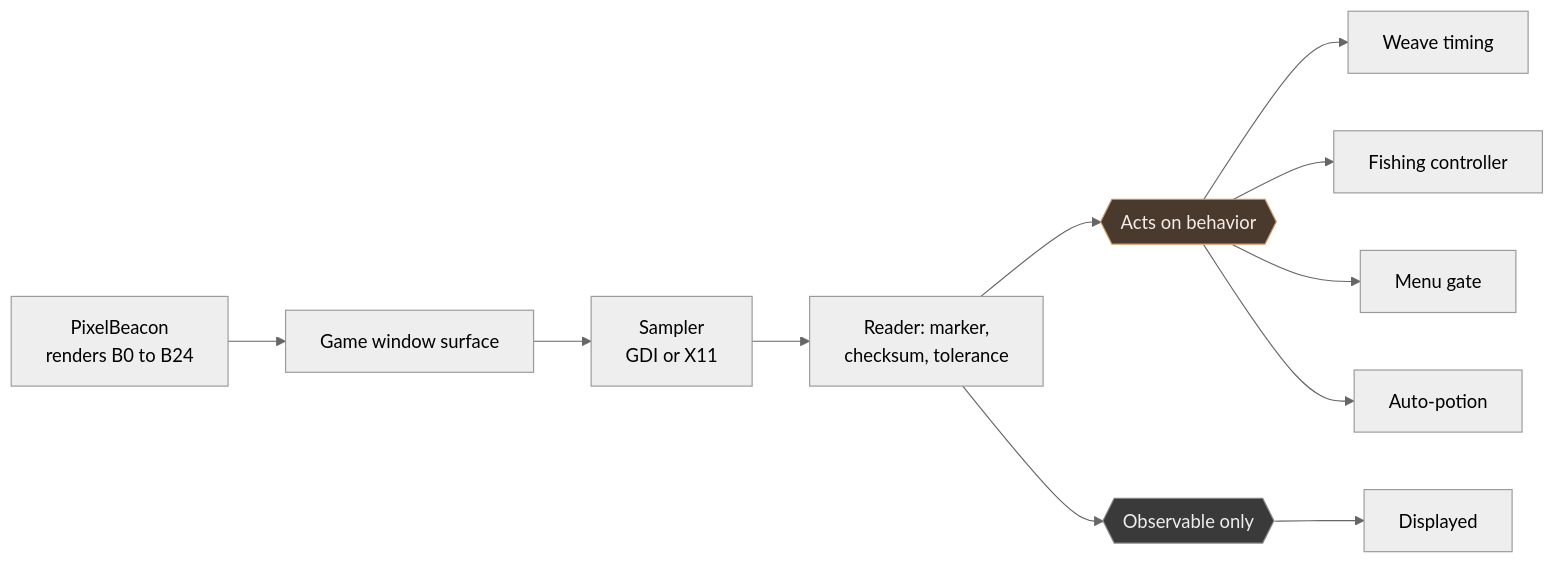
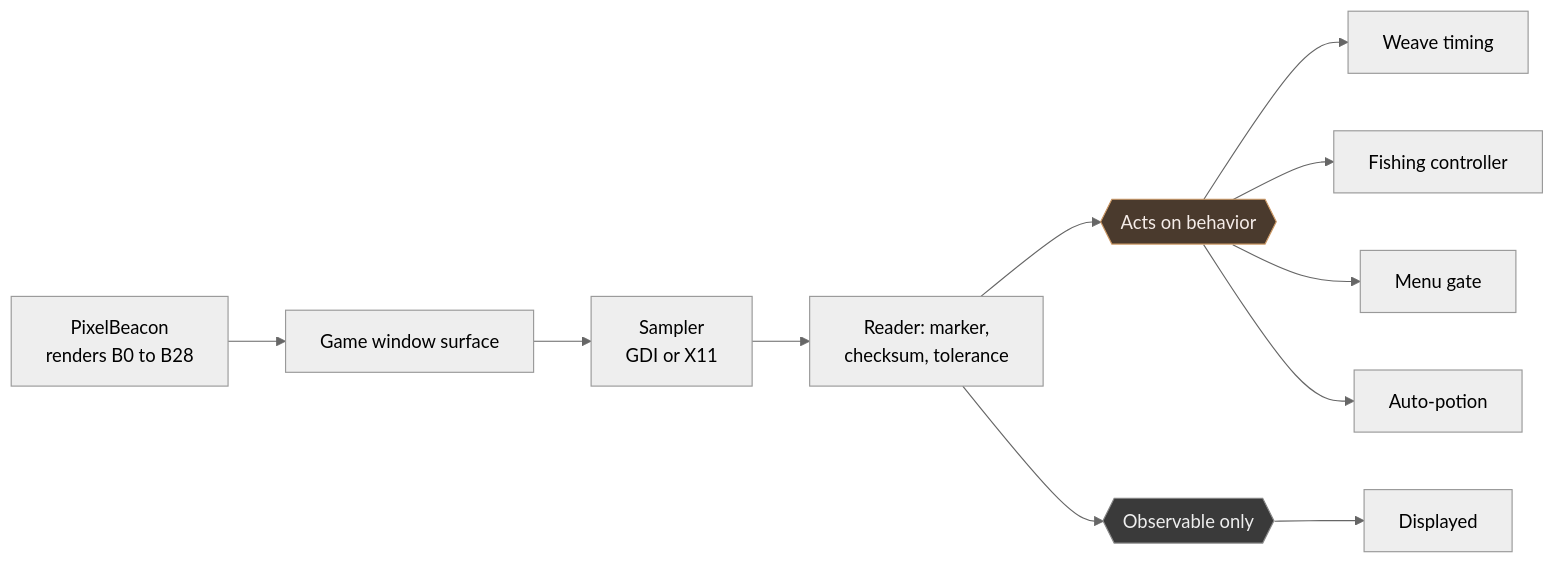
Before and after one commit to h8rt3rmin8r/eso-weave: the fourth of 4 diagrams in docs/ESO-Weave-Specification.md, drawn with Mermaid (neutral theme). The commit also changed other lines of this file and 34 other files, not shown here.

````diff
--- a/docs/ESO-Weave-Specification.md
+++ b/docs/ESO-Weave-Specification.md
@@ -637,16 +642,16 @@
 ```mermaid
 flowchart LR
-    ADDON[PixelBeacon<br/>renders B0 to B24] --> SURF[Game window surface]
+    ADDON[PixelBeacon<br/>renders B0 to B28] --> SURF[Game window surface]
     SURF --> SMP[Sampler<br/>GDI or X11]
     SMP --> RDR[Reader: marker,<br/>checksum, tolerance]
     RDR --> ACT{{Acts on behavior}}
     RDR --> OBS{{Observable only}}
     ACT --> WE[Weave timing]
     ACT --> FC[Fishing controller]
     ACT --> GATE[Menu gate]
     ACT --> AP[Auto-potion]
     OBS --> UI[Displayed]
 
     style ACT fill:#4a3a2d,stroke:#c96,color:#f5ece8
     style OBS fill:#3a3a3a,stroke:#888,color:#eee
 ```
````
